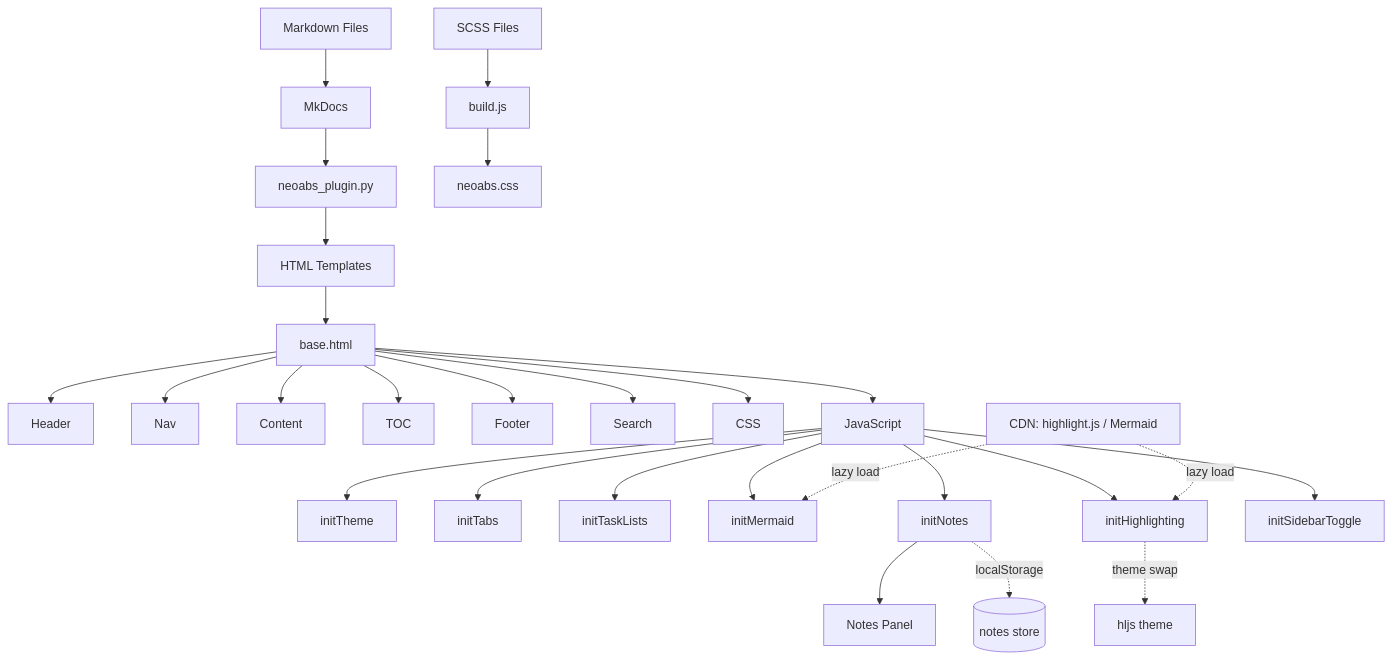
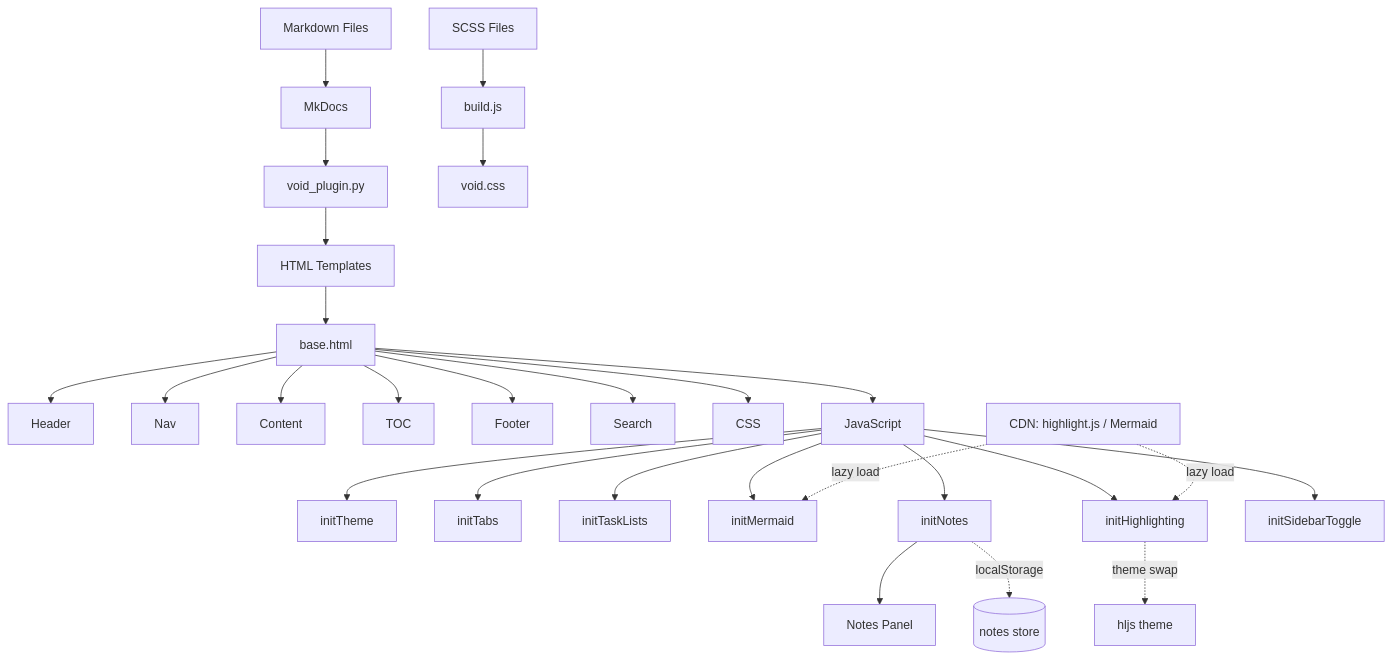
The diagram in docs/architecture.md (rkriad585/mkdocs-neoabs), drawn with Mermaid before and after one commit. The commit also changed other lines of this file and 137 other files, not shown here.

````diff
--- a/docs/architecture.md
+++ b/docs/architecture.md
@@ -152,29 +152,29 @@
 ```mermaid
 graph TD
     A[Markdown Files] --> B[MkDocs]
-    B --> C[neoabs_plugin.py]
+    B --> C[void_plugin.py]
     C --> D[HTML Templates]
     D --> E[base.html]
     E --> F[Header]
     E --> G[Nav]
     E --> H[Content]
     E --> I[TOC]
     E --> J[Footer]
     E --> K[Search]
     E --> L[CSS]
     E --> M[JavaScript]
     M --> M1[initTheme]
     M --> M2[initTabs]
     M --> M3[initTaskLists]
     M --> M4[initMermaid]
     M --> M5[initNotes]
     M --> M6[initHighlighting]
     M --> M7[initSidebarToggle]
     CDNs[CDN: highlight.js / Mermaid] -.->|lazy load| M6
     CDNs -.->|lazy load| M4
     M5 --> Notes[Notes Panel]
     M5 -.->|localStorage| NL[(notes store)]
     M6 -.->|theme swap| HLJS[hljs theme]
     N[SCSS Files] --> O[build.js]
-    O --> P[neoabs.css]
+    O --> P[void.css]
 ```
````
